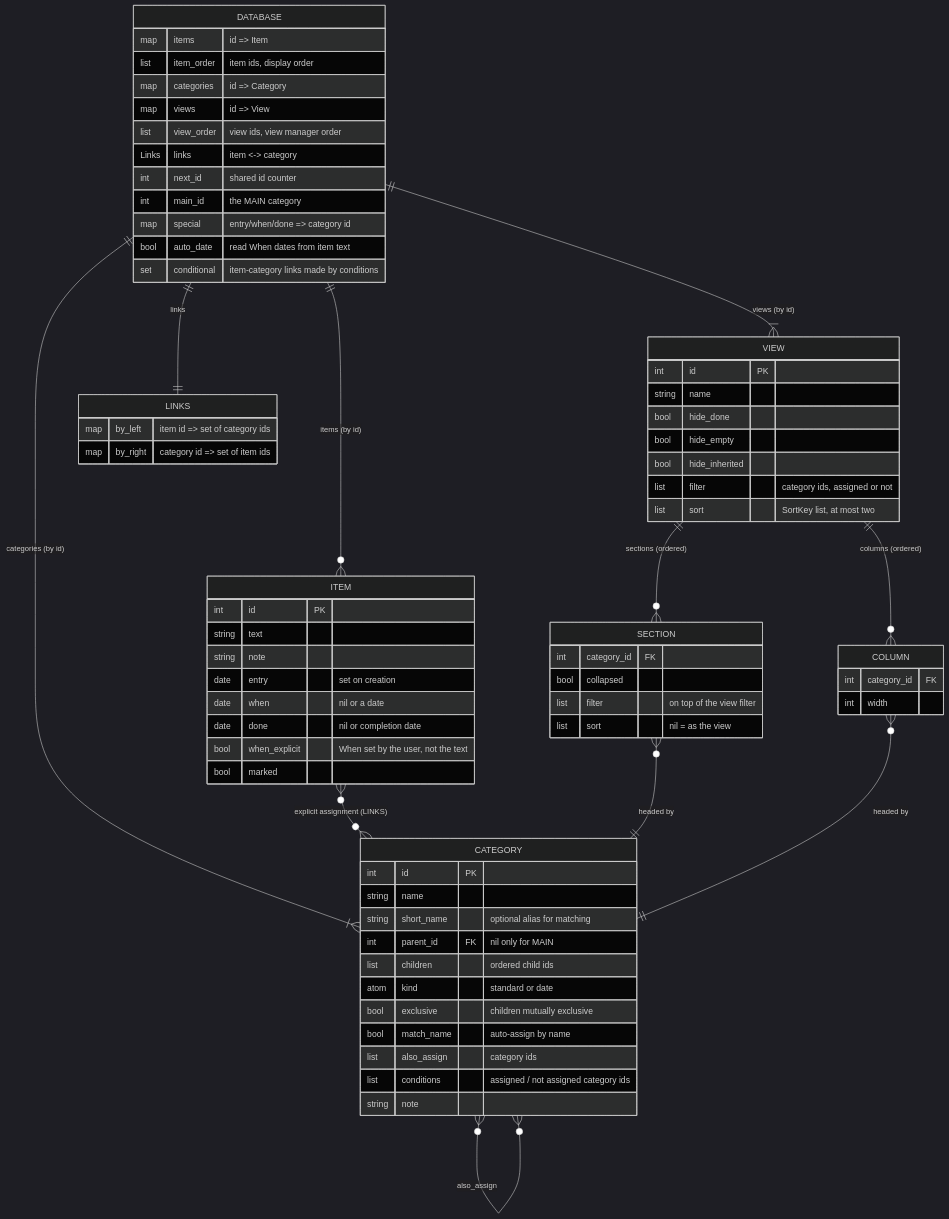
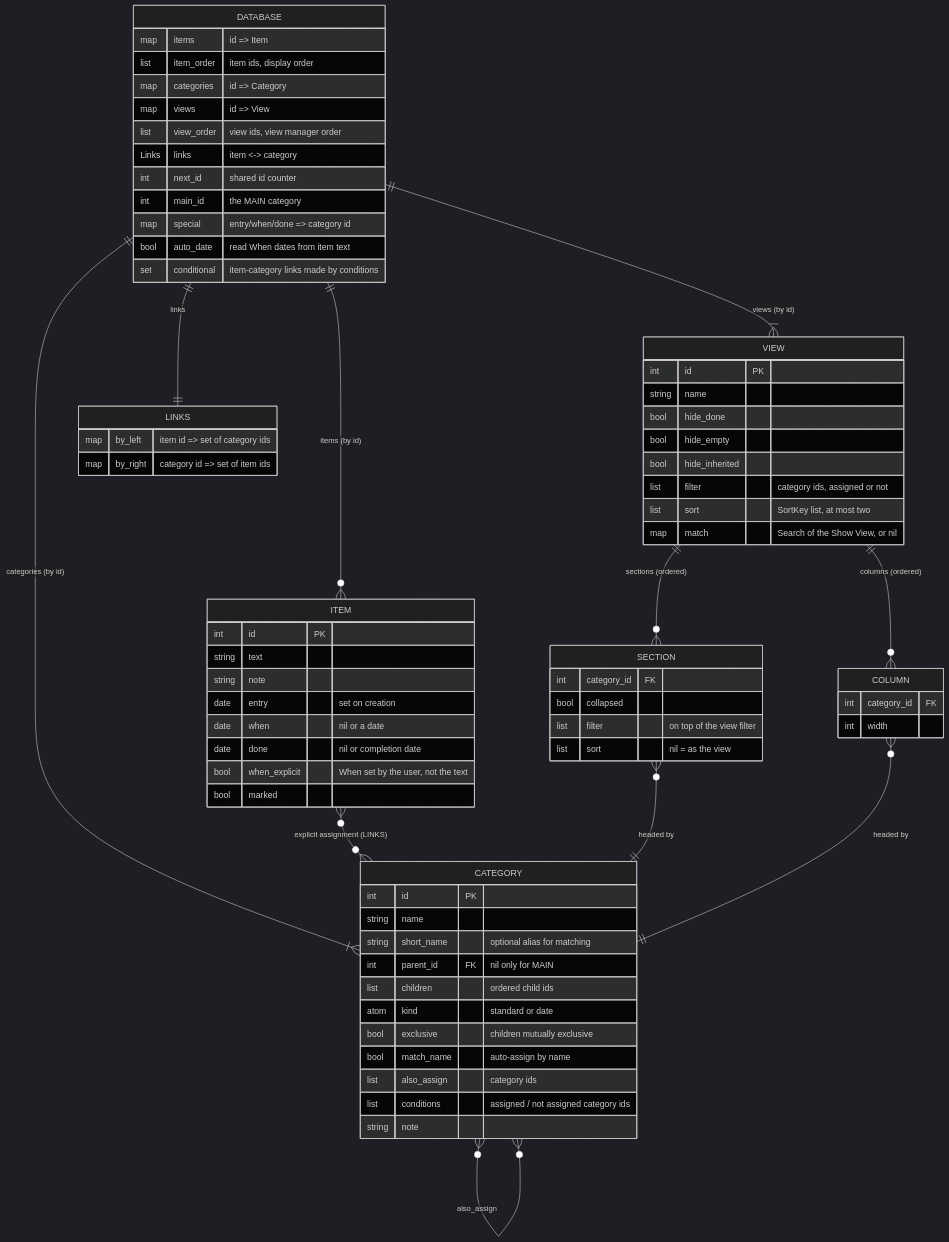
Before and after one commit to jamting/agendum: the first of 6 diagrams in docs/DATA_MODEL.md, drawn with Mermaid (dark theme). The commit also changed other lines of this file and 21 other files, not shown here.

First line of the commit message:
Search the view and the file (R37)

````diff
--- a/docs/DATA_MODEL.md
+++ b/docs/DATA_MODEL.md
@@ -12,74 +12,75 @@
 ```mermaid
 erDiagram
     DATABASE ||--o{ ITEM : "items (by id)"
     DATABASE ||--|{ CATEGORY : "categories (by id)"
     DATABASE ||--|{ VIEW : "views (by id)"
     DATABASE ||--|| LINKS : "links"
     CATEGORY ||--o{ CATEGORY : "children (ordered)"
     ITEM }o--o{ CATEGORY : "explicit assignment (LINKS)"
     CATEGORY }o--o{ CATEGORY : "also_assign"
     VIEW ||--o{ SECTION : "sections (ordered)"
     VIEW ||--o{ COLUMN : "columns (ordered)"
     SECTION }o--|| CATEGORY : "headed by"
     COLUMN }o--|| CATEGORY : "headed by"
 
     DATABASE {
         map items "id => Item"
         list item_order "item ids, display order"
         map categories "id => Category"
         map views "id => View"
         list view_order "view ids, view manager order"
         Links links "item <-> category"
         int next_id "shared id counter"
         int main_id "the MAIN category"
         map special "entry/when/done => category id"
         bool auto_date "read When dates from item text"
         set conditional "item-category links made by conditions"
     }
     ITEM {
         int id PK
         string text
         string note
         date entry "set on creation"
         date when "nil or a date"
         date done "nil or completion date"
         bool when_explicit "When set by the user, not the text"
         bool marked
     }
     CATEGORY {
         int id PK
         string name
         string short_name "optional alias for matching"
         int parent_id FK "nil only for MAIN"
         list children "ordered child ids"
         atom kind "standard or date"
         bool exclusive "children mutually exclusive"
         bool match_name "auto-assign by name"
         list also_assign "category ids"
         list conditions "assigned / not assigned category ids"
         string note
     }
     VIEW {
         int id PK
         string name
         bool hide_done
         bool hide_empty
         bool hide_inherited
         list filter "category ids, assigned or not"
         list sort "SortKey list, at most two"
+        map match "Search of the Show View, or nil"
     }
     SECTION {
         int category_id FK
         bool collapsed
         list filter "on top of the view filter"
         list sort "nil = as the view"
     }
     COLUMN {
         int category_id FK
         int width
     }
     LINKS {
         map by_left "item id => set of category ids"
         map by_right "category id => set of item ids"
     }
 ```
````
